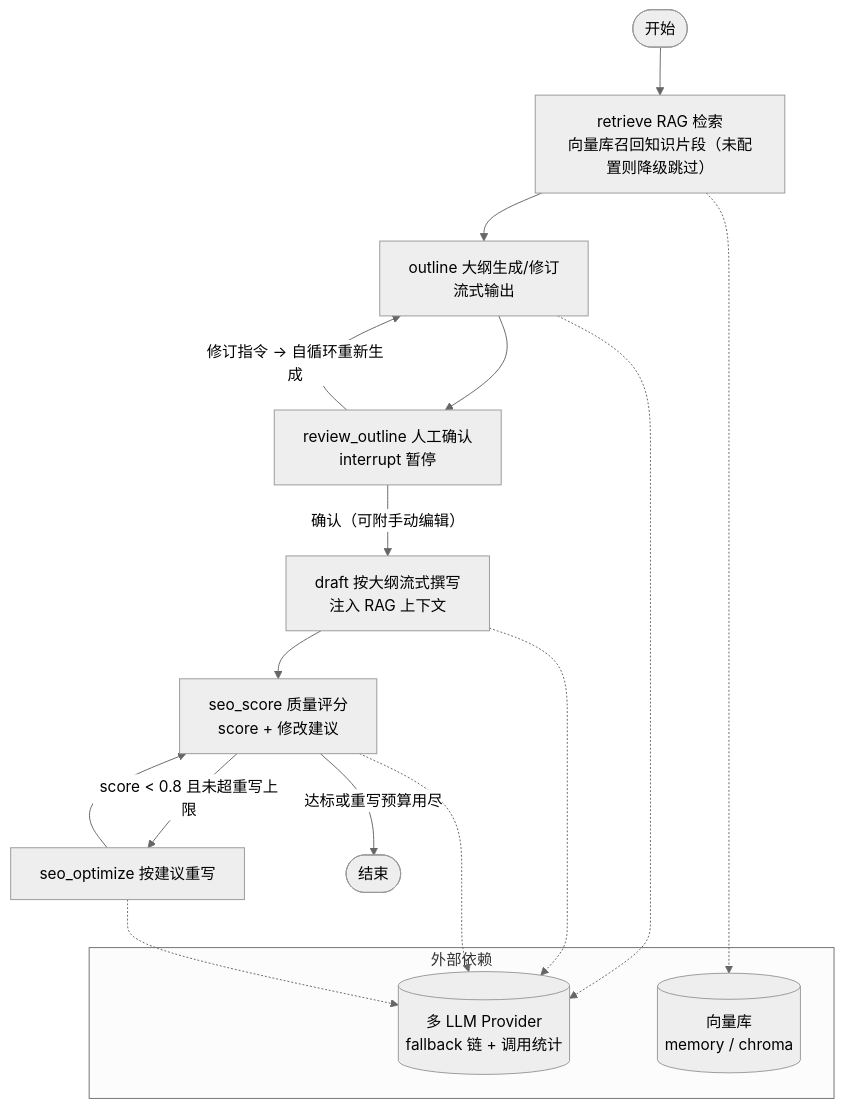
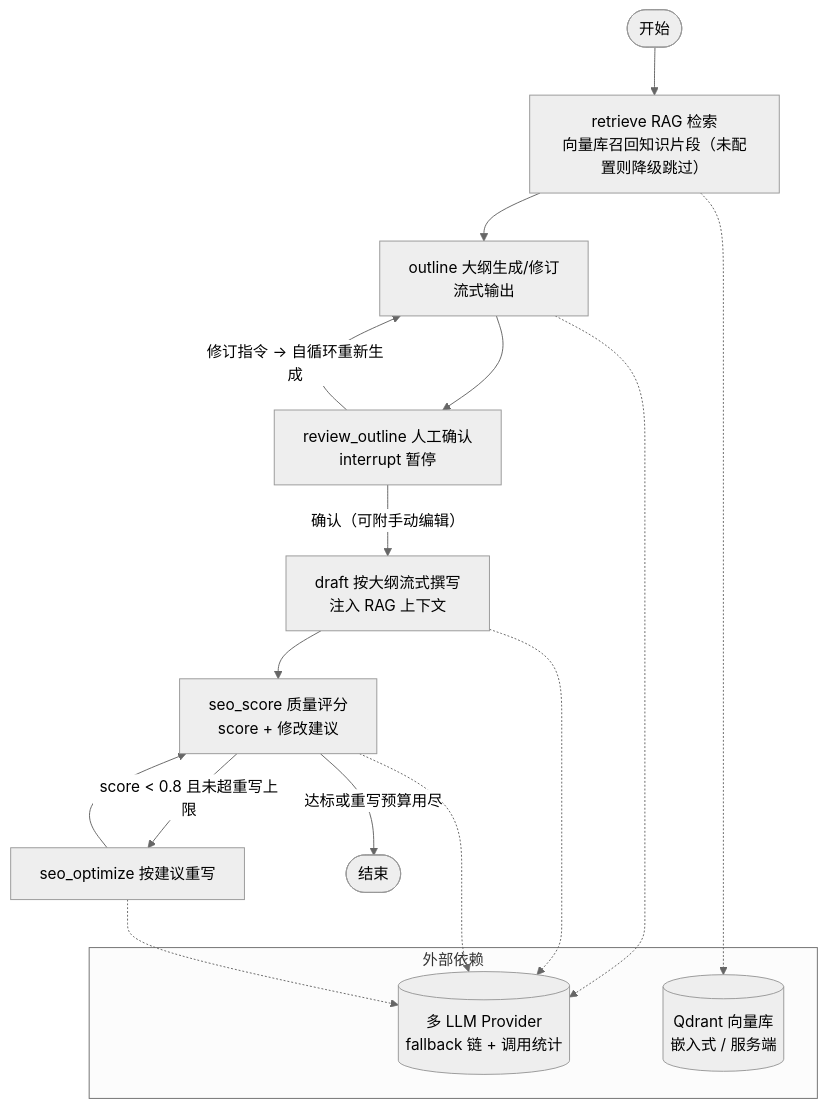
The diagram in README.md (zhiquanchi/langgraphseoblog), drawn with Mermaid (neutral theme) before and after one commit. The commit also changed other lines of this file and 2 other files, not shown here.

Commit message:
docs: README 与 AGENTS.md 同步 Qdrant 唯一化表述，测试数更新为 46

````diff
--- a/README.md
+++ b/README.md
@@ -27,23 +27,23 @@
 ```mermaid
 flowchart TD
     START([开始]) --> retrieve["retrieve RAG 检索<br/>向量库召回知识片段（未配置则降级跳过）"]
     retrieve --> outline["outline 大纲生成/修订<br/>流式输出"]
     outline --> review_outline["review_outline 人工确认<br/>interrupt 暂停"]
     review_outline -- "修订指令 → 自循环重新生成" --> outline
     review_outline -- "确认（可附手动编辑）" --> draft["draft 按大纲流式撰写<br/>注入 RAG 上下文"]
     draft --> seo_score["seo_score 质量评分<br/>score + 修改建议"]
     seo_score -- "score < 0.8 且未超重写上限" --> seo_optimize["seo_optimize 按建议重写"]
     seo_optimize --> seo_score
     seo_score -- "达标或重写预算用尽" --> END([结束])
 
     subgraph 外部依赖
         llm[("多 LLM Provider<br/>fallback 链 + 调用统计")]
-        vector_db[("向量库<br/>memory / chroma")]
+        vector_db[("Qdrant 向量库<br/>嵌入式 / 服务端")]
     end
 
     outline -.-> llm
     draft -.-> llm
     seo_score -.-> llm
     seo_optimize -.-> llm
     retrieve -.-> vector_db
 ```
````
